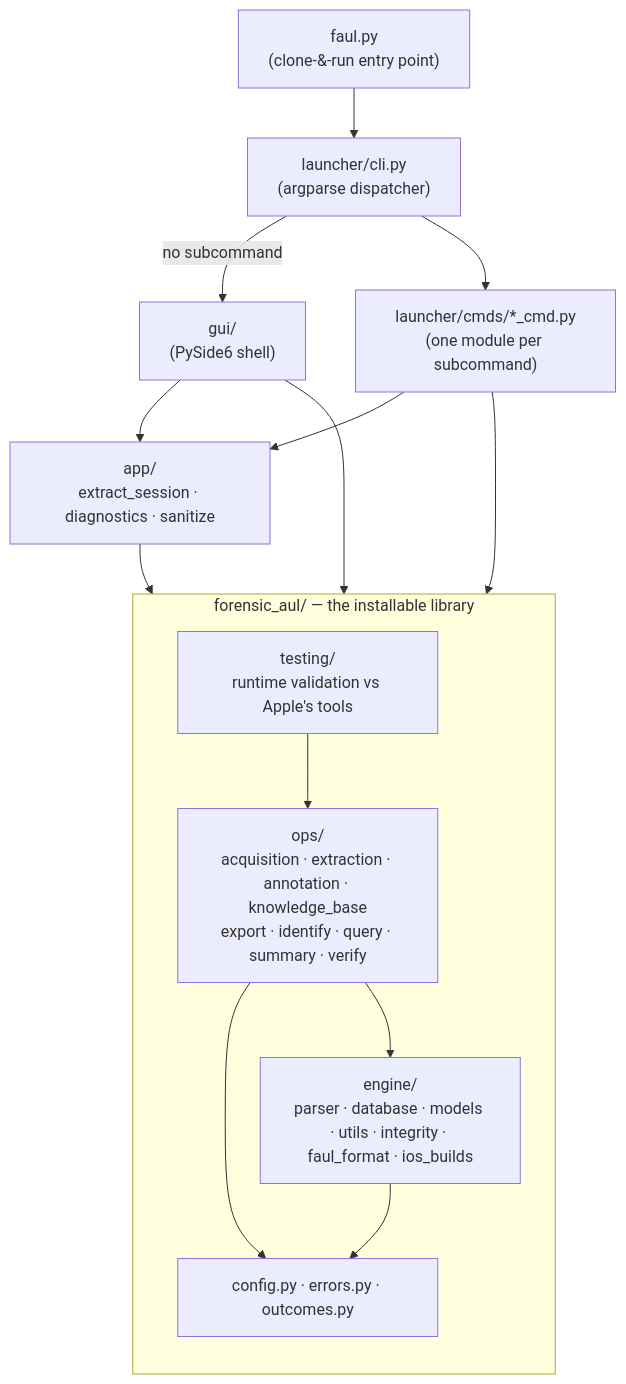
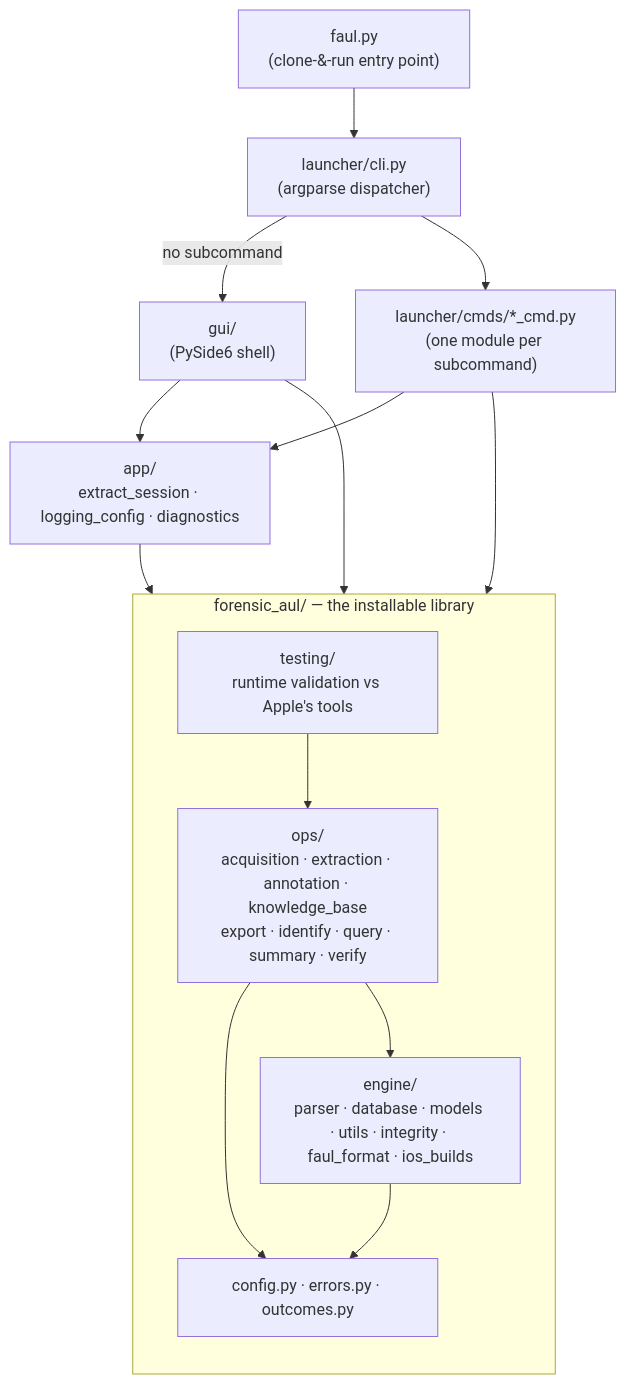
Before and after one commit to Ben0x0a/forensic-AUL: the diagram in docs/architecture.md, drawn with Mermaid. The commit also changed other lines of this file and 15 other files, not shown here.

````diff
--- a/docs/architecture.md
+++ b/docs/architecture.md
@@ -22,25 +22,25 @@
 ```mermaid
 flowchart TD
     faul["faul.py<br/>(clone-&-run entry point)"]
     faul --> cli["launcher/cli.py<br/>(argparse dispatcher)"]
     cli -->|no subcommand| gui["gui/<br/>(PySide6 shell)"]
     cli --> cmds["launcher/cmds/*_cmd.py<br/>(one module per subcommand)"]
     cmds --> app
     gui --> app
     gui --> lib
     cmds --> lib
 
-    app["app/<br/>extract_session · diagnostics · sanitize"] --> lib
+    app["app/<br/>extract_session · logging_config · diagnostics"] --> lib
 
     subgraph lib["forensic_aul/ — the installable library"]
         direction TB
         ops["ops/<br/>acquisition · extraction · annotation · knowledge_base<br/>export · identify · query · summary · verify"]
         engine["engine/<br/>parser · database · models · utils · integrity · faul_format · ios_builds"]
         base["config.py · errors.py · outcomes.py"]
         testing["testing/<br/>runtime validation vs Apple's tools"]
         ops --> engine
         ops --> base
         engine --> base
         testing --> ops
     end
 ```
````
